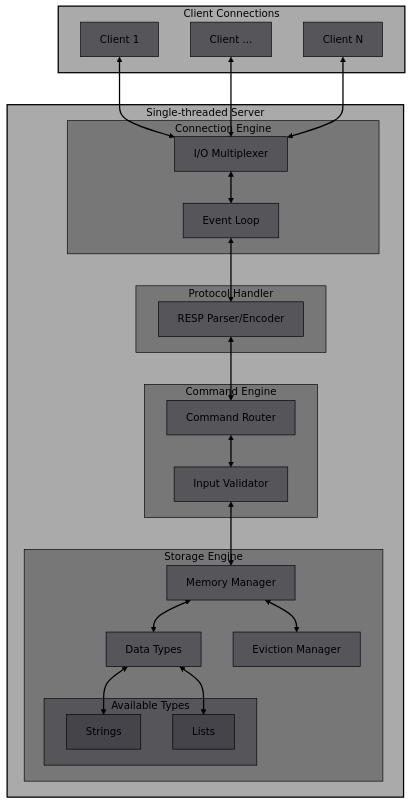
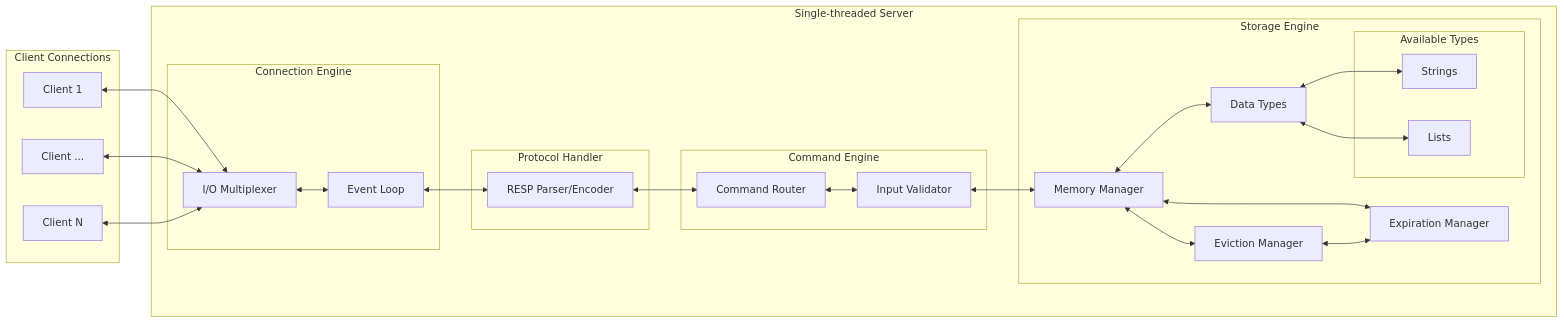
The diagram in misc/system-architecture.mermaid (c3llus-mirror/rudist), drawn with Mermaid before and after one commit. The commit also changed 1 other file, not shown here.

Commit message:
chore(misc): updated diagrams to support expire operation

```diff
--- a/misc/system-architecture.mermaid
+++ b/misc/system-architecture.mermaid
@@ -1,69 +1,51 @@
-flowchart TB
+flowchart LR
     %% Client Connections
     subgraph Client["Client Connections"]
         C1["Client 1"]
         C2["Client ..."]
         C3["Client N"]
     end
 
     %% Single-threaded Server
     subgraph Server["Single-threaded Server"]
         subgraph CE1["Connection Engine"]
             IM["I/O Multiplexer"]
             EL["Event Loop"]
         end
-        
+
         subgraph P["Protocol Handler"]
             RESP["RESP Parser/Encoder"]
         end
-        
+
         subgraph CE2["Command Engine"]
             CMD["Command Router"]
             VAL["Input Validator"]
         end
-        
+
         subgraph S["Storage Engine"]
             MM["Memory Manager"]
             DT["Data Types"]
             EV["Eviction Manager"]
-            
+            EXP["Expiration Manager"]
             subgraph AT["Available Types"]
                 STR["Strings"]
                 LST["Lists"]
             end
         end
     end
-    
-    %% Connections and Flows
-    C1 & C2 & C3 <--> IM
+
+    %% Connections
+    C1 <--> IM
+    C2 <--> IM
+    C3 <--> IM
     IM <--> EL
     EL <--> RESP
     RESP <--> CMD
     CMD <--> VAL
     VAL <--> MM
     MM <--> DT
-    DT <--> STR & LST
+    DT <--> STR
+    DT <--> LST
     MM <--> EV
-
-    %% Styling for uniform width and structured appearance
-    classDef container fill:#aaaaaa,stroke:#000,stroke-width:2px,color:#000;
-    classDef component1 fill:#777777,stroke:#000,stroke-width:1px,color:#000;
-    classDef component2 fill:#55555a,stroke:#000,stroke-width:1px,color:#000;
-    classDef component3 fill:#44444a,stroke:#000,stroke-width:1px,color:#000;
-
-    %% Apply black text color to specific nodes
-    class Server,Client container;
-    class CE1,P,CE2,S component1;
-    class C1,C2,C3,IM,EL,RESP,CMD,VAL,MM,DT,EV,AT component2;
-    class STR,LST component3;
-
-    %% Link style to force lines to be black, including arrows
-    linkStyle default stroke:#000,stroke-width:2px;
-
-%%{
-  init: {
-    'themeVariables': {
-      'lineColor': '#000'
-    }
-  }
-}%%
+    MM <--> EXP
+    EV <--> EXP
```
